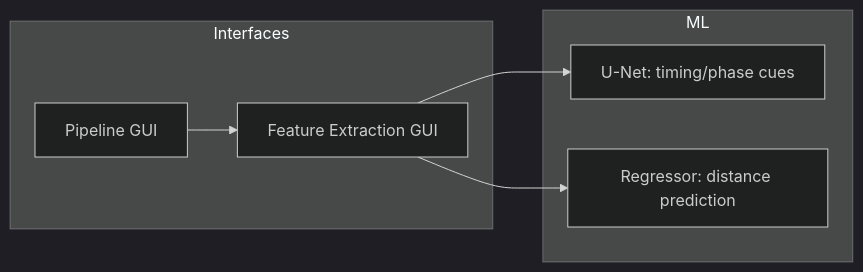
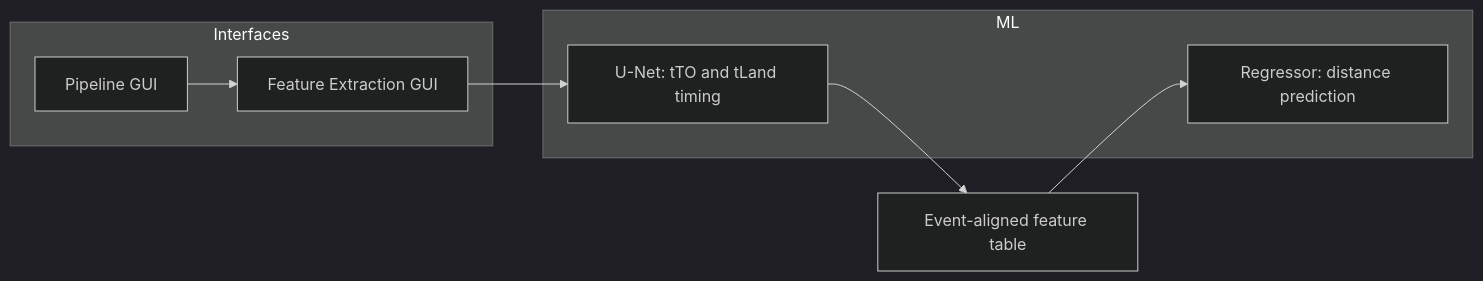
Before and after one commit to Nektarios-I/SLJ_Prediction_Showcase: the second of 2 diagrams in README.md, drawn with Mermaid (dark theme). The commit also changed other lines of this file, not shown here.

Commit message:
Fix README video playback and update U-Net-first workflow

````diff
--- a/README.md
+++ b/README.md
@@ -55,14 +61,15 @@
 ```mermaid
 flowchart LR
     subgraph Interfaces
         P1[Pipeline GUI]
         P2[Feature Extraction GUI]
     end
     subgraph ML
-        M1[U-Net: timing/phase cues]
-        M2[Regressor: distance prediction]
+    M1[U-Net: tTO and tLand timing]
+    M2[Regressor: distance prediction]
     end
     P1 --> P2
-    P2 --> M1
-    P2 --> M2
+  P2 --> M1
+  M1 --> F1[Event-aligned feature table]
+  F1 --> M2
 ```
````
